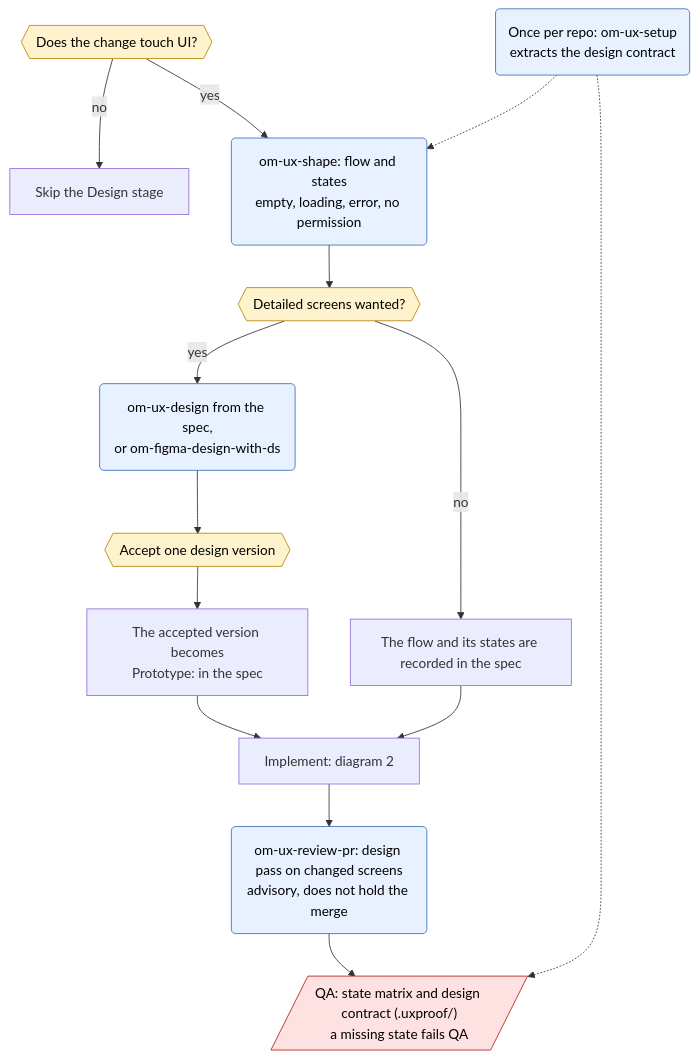
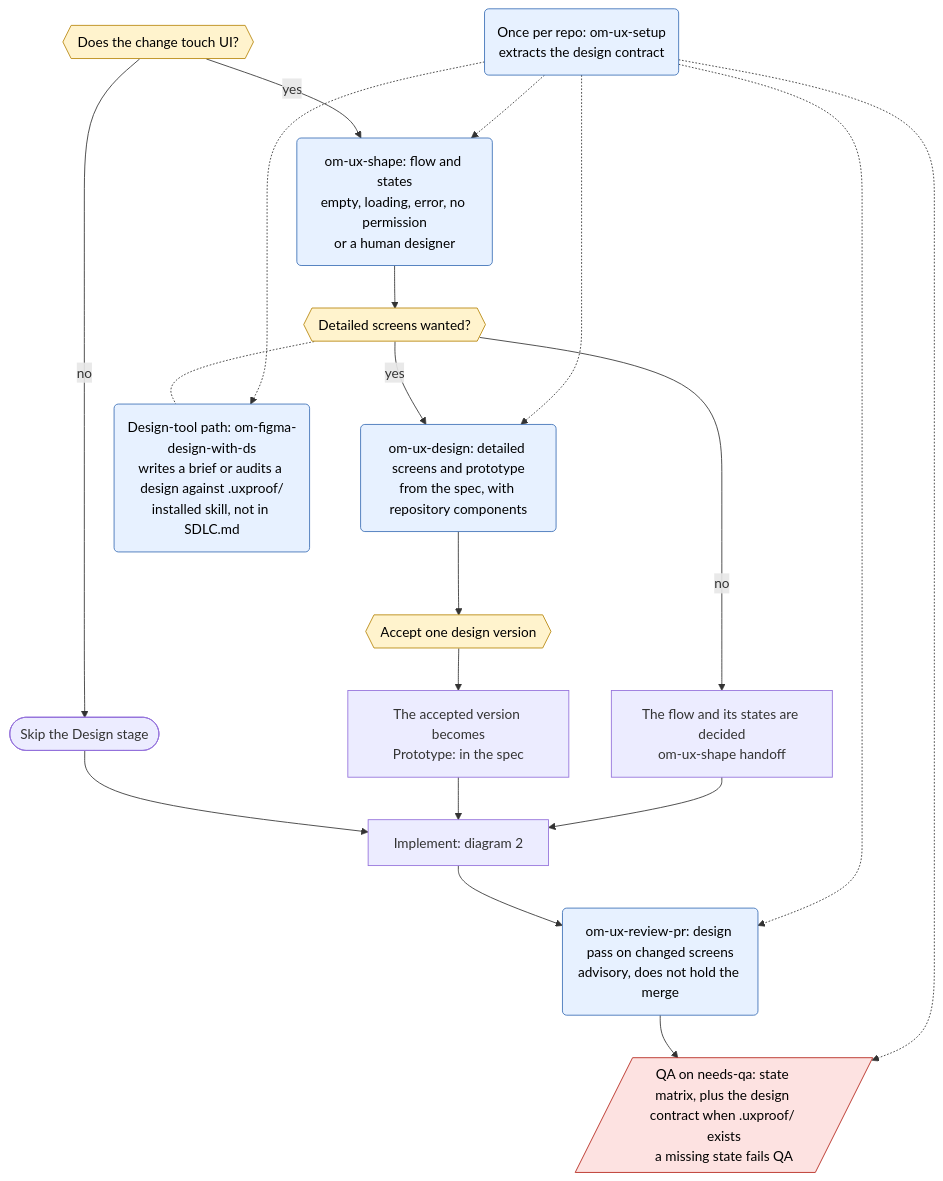
The third of 3 diagrams in SDLC-routes.md (AZITWB/om-sdlc-sandbox), drawn with Mermaid before and after one commit. The commit also changed other lines of this file, not shown here.

First line of the commit message:
fix(sdlc): apply the Fable review of the QA and design diagrams

````diff
--- a/SDLC-routes.md
+++ b/SDLC-routes.md
@@ -122,24 +126,29 @@
 ```mermaid
 flowchart TD
-    uiQ{{"Does the change touch UI?"}} -- no --> skipD["Skip the Design stage"]
-    uiQ -- yes --> shape("om-ux-shape: flow and states<br/>empty, loading, error, no permission")
+    uiQ{{"Does the change touch UI?"}} -- no --> skipD([Skip the Design stage])
+    skipD --> implD
+    uiQ -- yes --> shape("om-ux-shape: flow and states<br/>empty, loading, error, no permission<br/>or a human designer")
     shape --> detailQ{{"Detailed screens wanted?"}}
-    detailQ -- yes --> uxd("om-ux-design from the spec,<br/>or om-figma-design-with-ds")
+    detailQ -- yes --> uxd("om-ux-design: detailed screens and prototype<br/>from the spec, with repository components")
     uxd --> acceptD{{"Accept one design version"}}
     acceptD --> proto["The accepted version becomes<br/>Prototype: in the spec"]
-    detailQ -- no --> flowOnly["The flow and its states are recorded in the spec"]
+    detailQ -- no --> flowOnly["The flow and its states are decided<br/>om-ux-shape handoff"]
+    detailQ -.- figma("Design-tool path: om-figma-design-with-ds<br/>writes a brief or audits a design against .uxproof/<br/>installed skill, not in SDLC.md")
     proto --> implD["Implement: diagram 2"]
     flowOnly --> implD
     implD --> uxReview("om-ux-review-pr: design pass on changed screens<br/>advisory, does not hold the merge")
-    uxReview --> qaD[/"QA: state matrix and design contract (.uxproof/)<br/>a missing state fails QA"/]
+    uxReview --> qaD[/"QA on needs-qa: state matrix, plus the design contract when .uxproof/ exists<br/>a missing state fails QA"/]
 
     setup("Once per repo: om-ux-setup<br/>extracts the design contract") -.-> shape
+    setup -.-> uxd
+    setup -.-> uxReview
     setup -.-> qaD
+    setup -.-> figma
 
     classDef human fill:#fff3cd,stroke:#b8860b,color:#000
     classDef cmd fill:#e7f1ff,stroke:#3b6fb6,color:#000
     classDef gate fill:#fde2e1,stroke:#b42318,color:#000
     class uiQ,detailQ,acceptD human
-    class shape,uxd,uxReview,setup cmd
+    class shape,uxd,uxReview,setup,figma cmd
     class qaD gate
 ```
````
